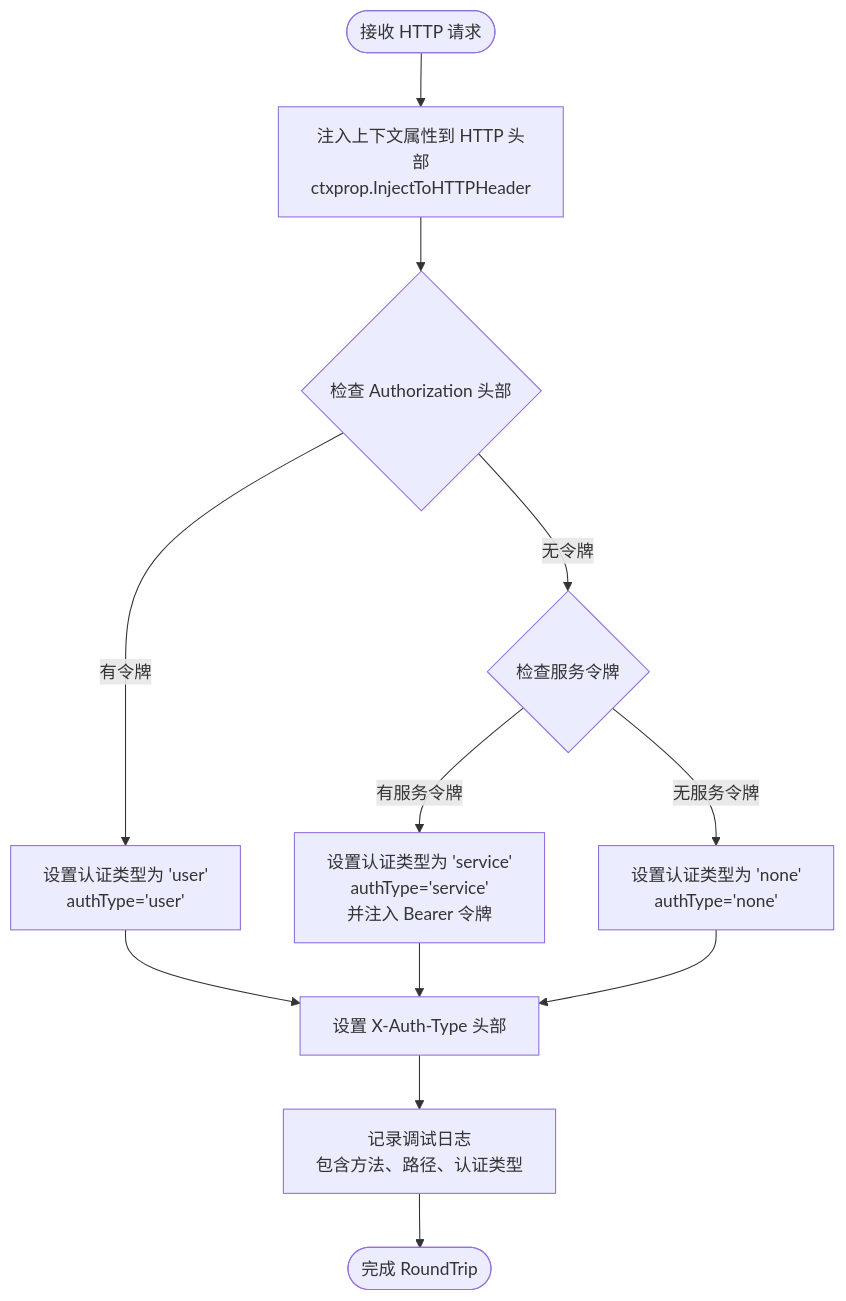
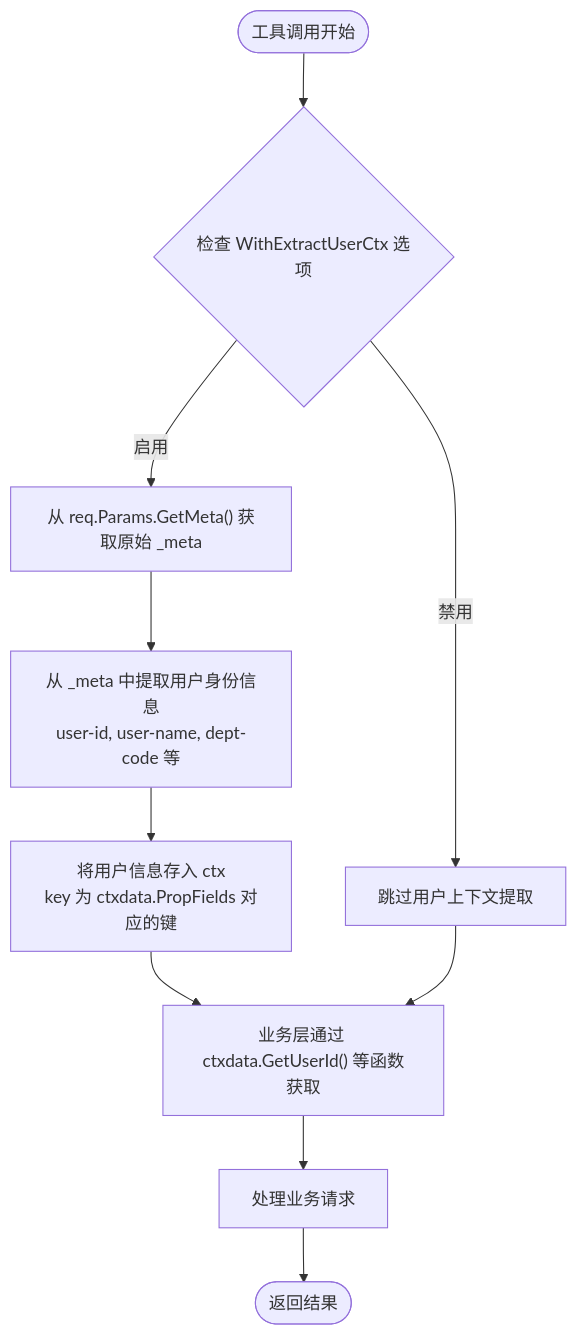
One commit to maomao94/zero-service changed the fourth of 13 diagrams in .qoder/repowiki/zh/content/Mcpx Authentication System.md. Above: the diagram before and after it, drawn with Mermaid. The commit also changed other lines of this file and 42 other files, not shown here.

````diff
--- a/.qoder/repowiki/zh/content/Mcpx Authentication System.md
+++ b/.qoder/repowiki/zh/content/Mcpx Authentication System.md
@@ -145,14 +201,12 @@
 ```mermaid
 flowchart TD
-Start([接收 HTTP 请求]) --> InjectHeaders["注入上下文属性到 HTTP 头部<br/>ctxprop.InjectToHTTPHeader"]
-InjectHeaders --> CheckToken{"检查 Authorization 头部"}
-CheckToken --> |有令牌| SetUser["设置认证类型为 'user'<br/>authType='user'"]
-CheckToken --> |无令牌| CheckServiceToken{"检查服务令牌"}
-CheckServiceToken --> |有服务令牌| SetService["设置认证类型为 'service'<br/>authType='service'<br/>并注入 Bearer 令牌"]
-CheckServiceToken --> |无服务令牌| SetNone["设置认证类型为 'none'<br/>authType='none'"]
-SetUser --> SetHeader["设置 X-Auth-Type 头部"]
-SetService --> SetHeader
-SetNone --> SetHeader
-SetHeader --> LogDebug["记录调试日志<br/>包含方法、路径、认证类型"]
-LogDebug --> End([完成 RoundTrip])
+Start([工具调用开始]) --> CheckOption{"检查 WithExtractUserCtx 选项"}
+CheckOption --> |启用| ExtractMeta["从 req.Params.GetMeta() 获取原始 _meta"]
+CheckOption --> |禁用| SkipExtract["跳过用户上下文提取"]
+ExtractMeta --> ExtractUser["从 _meta 中提取用户身份信息<br/>user-id, user-name, dept-code 等"]
+ExtractUser --> StoreCtx["将用户信息存入 ctx<br/>key 为 ctxdata.PropFields 对应的键"]
+StoreCtx --> BusinessLayer["业务层通过 ctxdata.GetUserId() 等函数获取"]
+SkipExtract --> BusinessLayer
+BusinessLayer --> ProcessRequest["处理业务请求"]
+ProcessRequest --> End([返回结果])
 ```
````
